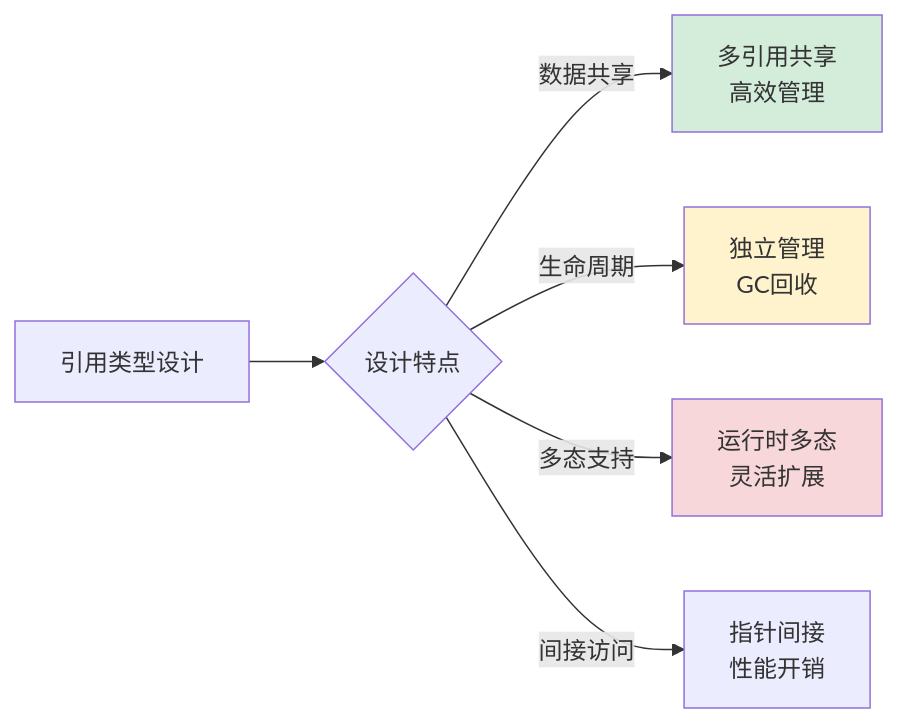
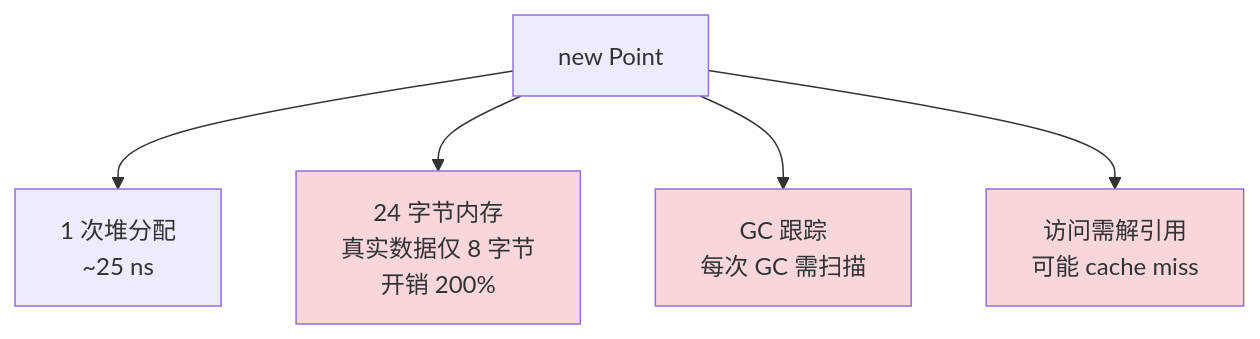
Diagram 11 of 33 in 00.通用技术的提升/02.程序编程原理/03.值型变量和引用.md (chongyang211/YCBookBlog), drawn with Mermaid before and after one commit. The commit also changed other lines of this file and 6 other files, not shown here.

````diff
--- a/00.通用技术的提升/02.程序编程原理/03.值型变量和引用.md
+++ b/00.通用技术的提升/02.程序编程原理/03.值型变量和引用.md
@@ -217,12 +566,11 @@
 ```mermaid
-graph LR
-    A[引用类型设计] --> B{设计特点}
-    B -->|数据共享| C[多引用共享<br/>高效管理]
-    B -->|生命周期| D[独立管理<br/>GC回收]
-    B -->|多态支持| E[运行时多态<br/>灵活扩展]
-    B -->|间接访问| F[指针间接<br/>性能开销]
-    
-    style C fill:#d4edda
-    style D fill:#fff3cd
+flowchart TD
+    A[new Point ] --> B[1 次堆分配<br/>~25 ns]
+    A --> C[24 字节内存<br/>真实数据仅 8 字节<br/>开销 200%]
+    A --> D[GC 跟踪<br/>每次 GC 需扫描]
+    A --> E[访问需解引用<br/>可能 cache miss]
+
+    style C fill:#f8d7da
+    style D fill:#f8d7da
     style E fill:#f8d7da
 ```
````
